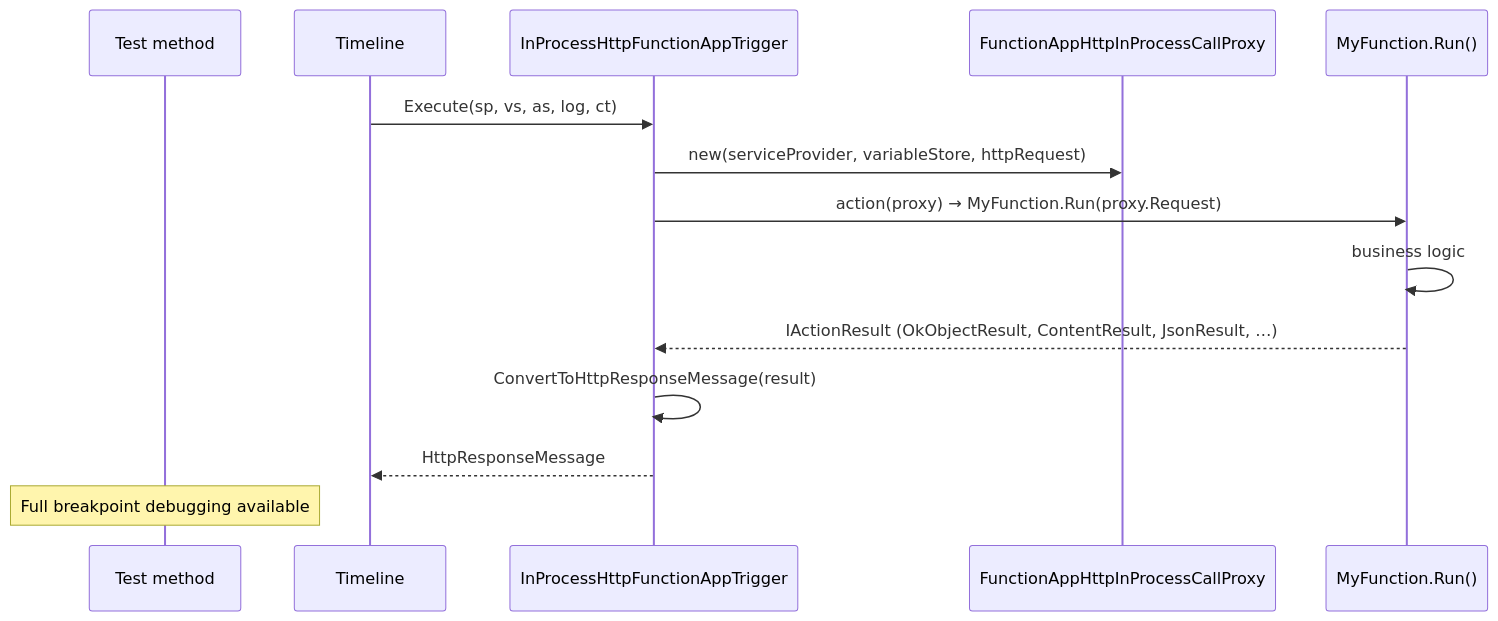
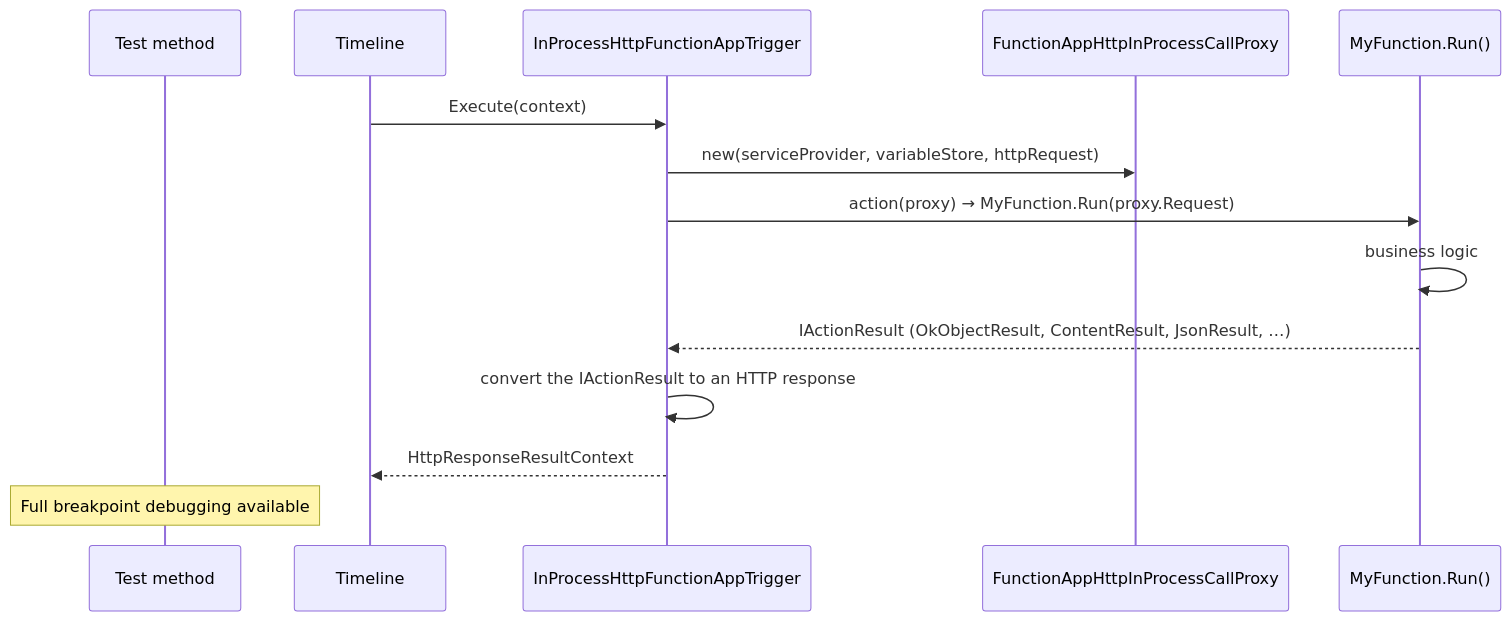
Before and after one commit to DeadMoon0/TestFramework-Azure: diagram 12 of 17 in Documentation/Arc42.md, drawn with Mermaid. The commit also changed other lines of this file and 2 other files, not shown here.

````diff
--- a/Documentation/Arc42.md
+++ b/Documentation/Arc42.md
@@ -487,18 +487,18 @@
 ```mermaid
 sequenceDiagram
     participant Test as Test method
     participant TL as Timeline
     participant IPT as InProcessHttpFunctionAppTrigger
     participant PROXY as FunctionAppHttpInProcessCallProxy
     participant FUNC as MyFunction.Run()
 
-    TL->>IPT: Execute(sp, vs, as, log, ct)
+    TL->>IPT: Execute(context)
     IPT->>PROXY: new(serviceProvider, variableStore, httpRequest)
     IPT->>FUNC: action(proxy) → MyFunction.Run(proxy.Request)
     FUNC->>FUNC: business logic
     FUNC-->>IPT: IActionResult (OkObjectResult, ContentResult, JsonResult, …)
-    IPT->>IPT: ConvertToHttpResponseMessage(result)
-    IPT-->>TL: HttpResponseMessage
+    IPT->>IPT: convert the IActionResult to an HTTP response
+    IPT-->>TL: HttpResponseResultContext
 
     Note over Test: Full breakpoint debugging available
 ```
````
